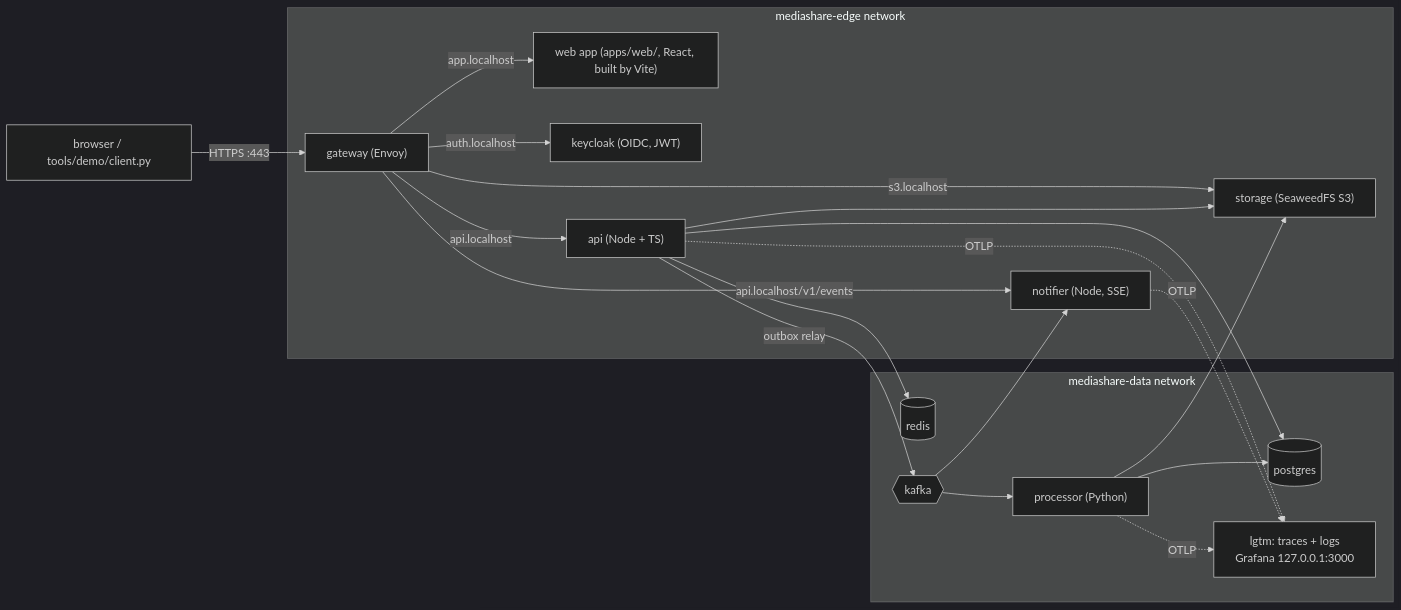
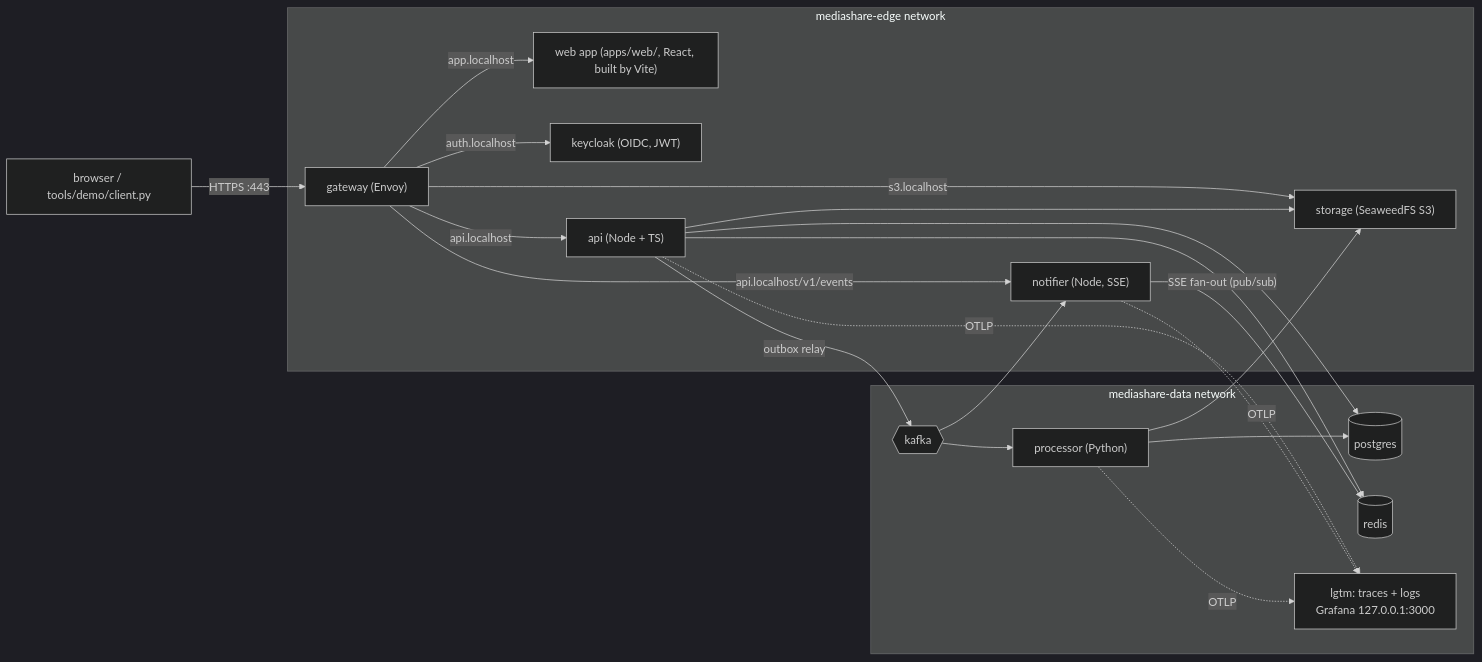
Before and after one commit to taraskhvyl/distributed-systems: the first of 4 diagrams in docs/ARCHITECTURE.md, drawn with Mermaid (dark theme). The commit also changed other lines of this file and 13 other files, not shown here.

First line of the commit message:
feat(notifier): Redis pub/sub fan-out so SSE works with N replicas

````diff
--- a/docs/ARCHITECTURE.md
+++ b/docs/ARCHITECTURE.md
@@ -8,38 +8,39 @@
 ```mermaid
 flowchart LR
   browser["browser / tools/demo/client.py"] -- "HTTPS :443" --> gateway
 
   subgraph edge["mediashare-edge network"]
     gateway["gateway (Envoy)"]
     web["web app (apps/web/, React, built by Vite)"]
     keycloak["keycloak (OIDC, JWT)"]
     api["api (Node + TS)"]
     notifier["notifier (Node, SSE)"]
     storage["storage (SeaweedFS S3)"]
     gateway -- "app.localhost" --> web
     gateway -- "auth.localhost" --> keycloak
     gateway -- "api.localhost" --> api
     gateway -- "api.localhost/v1/events" --> notifier
     gateway -- "s3.localhost" --> storage
   end
 
   subgraph data["mediashare-data network"]
     postgres[(postgres)]
     redis[(redis)]
     kafka{{kafka}}
     processor["processor (Python)"]
     lgtm["lgtm: traces + logs<br/>Grafana 127.0.0.1:3000"]
   end
 
   api --> postgres
   api --> redis
   api -- "outbox relay" --> kafka
   kafka --> processor
   kafka --> notifier
+  notifier -- "SSE fan-out (pub/sub)" --> redis
   processor --> postgres
   processor --> storage
   api --> storage
   api -. OTLP .-> lgtm
   notifier -. OTLP .-> lgtm
   processor -. OTLP .-> lgtm
 ```
````
